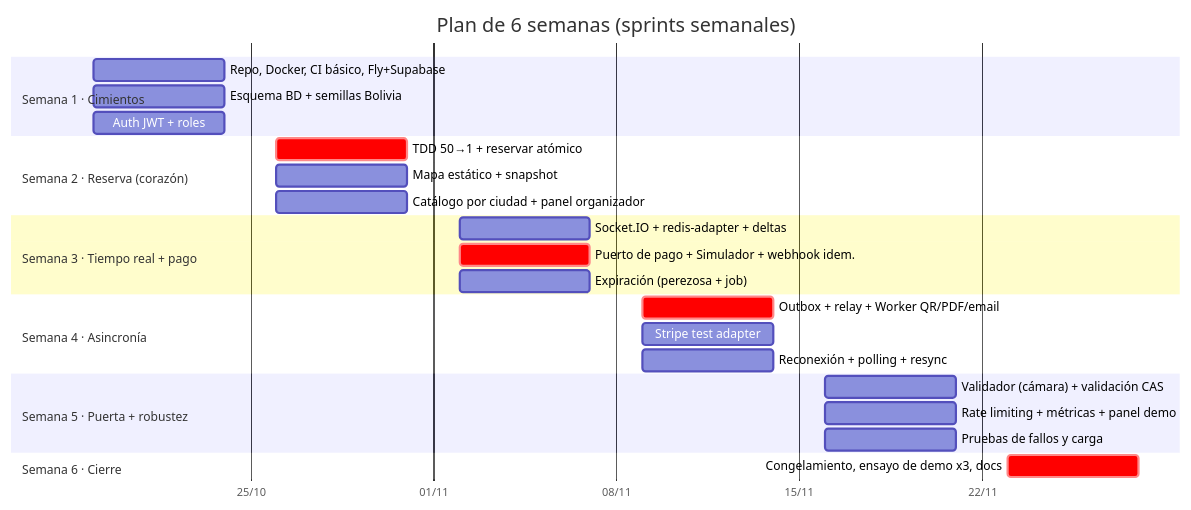
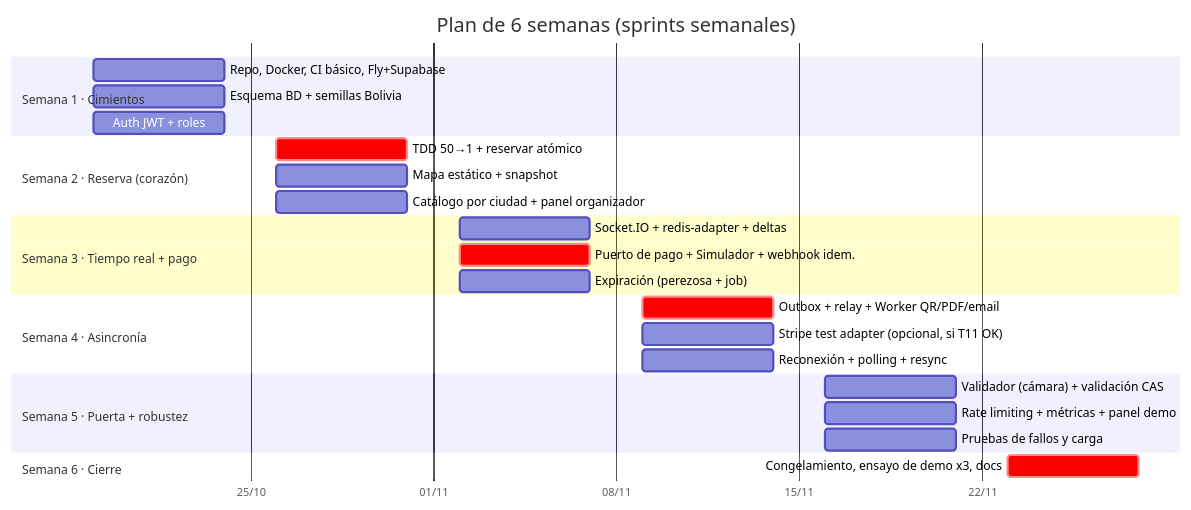
One commit to oliver-franz123/ticketing-app changed the diagram in Sistemas_Distribuidos/docs/11-plan-6-semanas.md. Above: the diagram before and after it, drawn with Mermaid. The commit also changed other lines of this file and 17 other files, not shown here.

````diff
--- a/Sistemas_Distribuidos/docs/11-plan-6-semanas.md
+++ b/Sistemas_Distribuidos/docs/11-plan-6-semanas.md
@@ -23,28 +23,28 @@
 ```mermaid
 gantt
     title Plan de 6 semanas (sprints semanales)
     dateFormat  YYYY-MM-DD
     axisFormat  %d/%m
     section Semana 1 · Cimientos
     Repo, Docker, CI básico, Fly+Supabase       :s1a, 2026-10-19, 5d
     Esquema BD + semillas Bolivia               :s1b, 2026-10-19, 5d
     Auth JWT + roles                            :s1c, 2026-10-19, 5d
     section Semana 2 · Reserva (corazón)
     TDD 50→1 + reservar atómico                 :crit, s2a, 2026-10-26, 5d
     Mapa estático + snapshot                    :s2b, 2026-10-26, 5d
     Catálogo por ciudad + panel organizador     :s2c, 2026-10-26, 5d
     section Semana 3 · Tiempo real + pago
     Socket.IO + redis-adapter + deltas          :s3a, 2026-11-02, 5d
     Puerto de pago + Simulador + webhook idem.  :crit, s3b, 2026-11-02, 5d
     Expiración (perezosa + job)                 :s3c, 2026-11-02, 5d
     section Semana 4 · Asincronía
     Outbox + relay + Worker QR/PDF/email        :crit, s4a, 2026-11-09, 5d
-    Stripe test adapter                         :s4b, 2026-11-09, 5d
+    Stripe test adapter (opcional, si T11 OK)   :s4b, 2026-11-09, 5d
     Reconexión + polling + resync               :s4c, 2026-11-09, 5d
     section Semana 5 · Puerta + robustez
     Validador (cámara) + validación CAS         :s5a, 2026-11-16, 5d
     Rate limiting + métricas + panel demo       :s5b, 2026-11-16, 5d
     Pruebas de fallos y carga                   :s5c, 2026-11-16, 5d
     section Semana 6 · Cierre
     Congelamiento, ensayo de demo x3, docs      :crit, s6a, 2026-11-23, 5d
 ```
````
